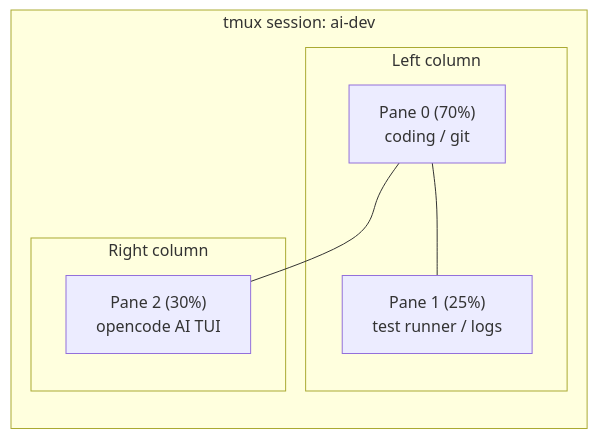
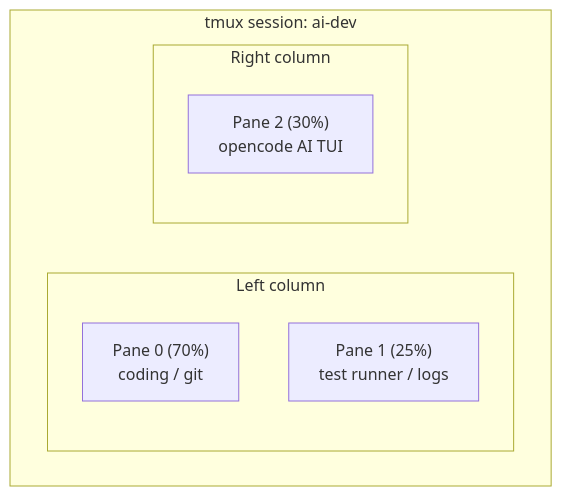
The fourth of 4 diagrams in docs/architecture.md (visaivis/iterm2), drawn with Mermaid before and after one commit. The commit also changed other lines of this file and 1 other file, not shown here.

First line of the commit message:
fix: improve mermaid diagram formatting with <br/> and explicit subgraph IDs

````diff
--- a/docs/architecture.md
+++ b/docs/architecture.md
@@ -76,14 +76,12 @@
 ```mermaid
-graph LR
-    subgraph "tmux session: ai-dev"
-        subgraph "Left column"
+graph TB
+    subgraph session["tmux session: ai-dev"]
+        subgraph left["Left column"]
             A["Pane 0 (70%)<br/>coding / git"]
             B["Pane 1 (25%)<br/>test runner / logs"]
         end
-        subgraph "Right column"
+        subgraph right["Right column"]
             C["Pane 2 (30%)<br/>opencode AI TUI"]
         end
     end
-    A --- B
-    A --- C
 ```
````
